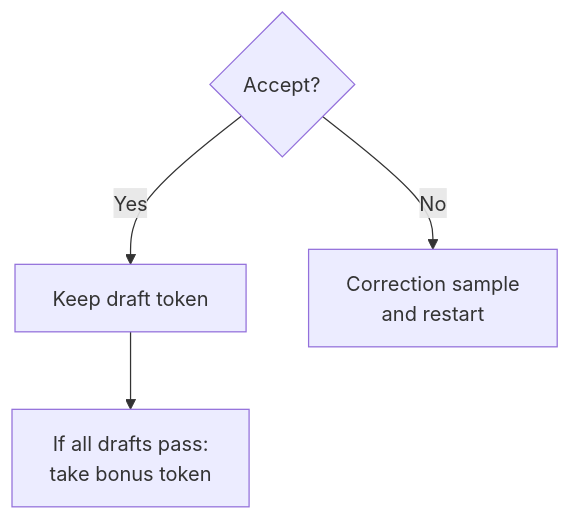
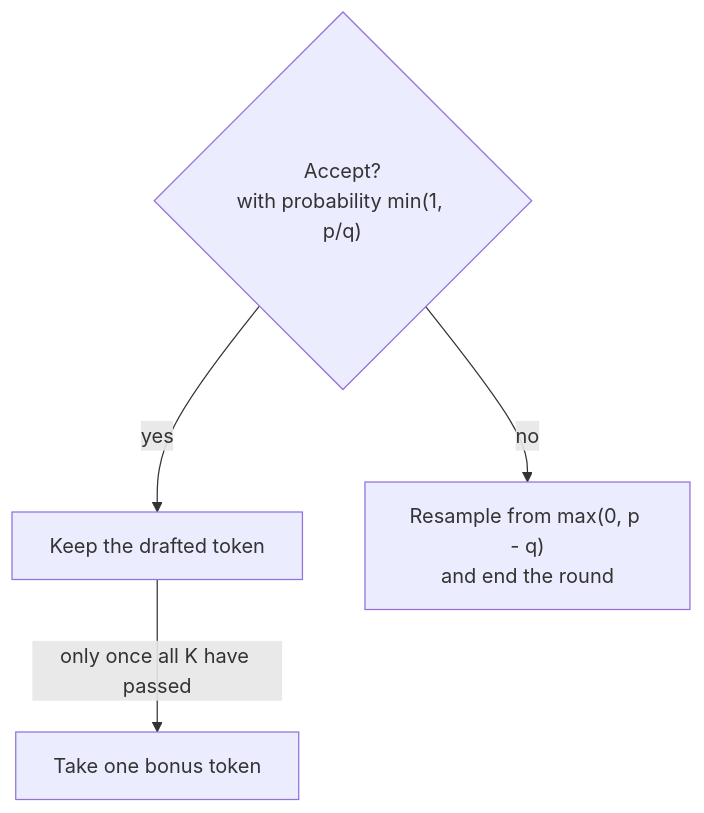
The diagram in walk-the-code/diagrams/spec_verify.mmd (danilop/micro-gpt-and-beyond), drawn with Mermaid before and after one commit. The commit also changed 80 other files, not shown here.

```diff
--- a/walk-the-code/diagrams/spec_verify.mmd
+++ b/walk-the-code/diagrams/spec_verify.mmd
@@ -1,5 +1,5 @@
 graph TD
-    check{Accept?}
-    check -->|Yes| accept[Keep draft token]
-    check -->|No| reject[Correction sample<br/>and restart]
-    accept --> bonus[If all drafts pass:<br/>take bonus token]
+    check{"Accept?<br/>with probability min(1, p/q)"}
+    check -->|yes| accept[Keep the drafted token]
+    check -->|no| reject["Resample from max(0, p - q)<br/>and end the round"]
+    accept -->|only once all K have passed| bonus[Take one bonus token]
```
